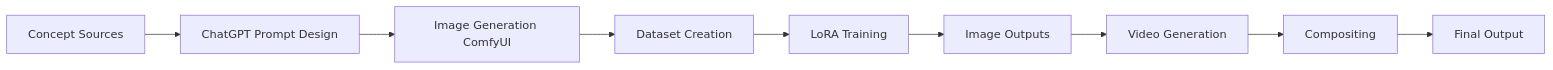
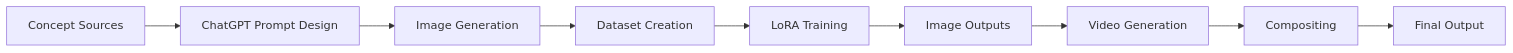
The diagram in README.md (dtrezise/ai-workflow-systems), drawn with Mermaid before and after one commit.

````diff
--- a/README.md
+++ b/README.md
@@ -34,19 +34,11 @@
 ```mermaid
 flowchart LR
-
-A[Concept Sources]
---> B[ChatGPT Prompt Design]
-
-B --> C[Image Generation ComfyUI]
-C --> D[Dataset Creation]
-
-D --> E[LoRA Training]
-
-E --> F[Image Outputs]
-
-F --> G[Video Generation]
-
-G --> H[Compositing]
-
-H --> I[Final Output]
+    A[Concept Sources] --> B[ChatGPT Prompt Design]
+    B --> C[Image Generation]
+    C --> D[Dataset Creation]
+    D --> E[LoRA Training]
+    E --> F[Image Outputs]
+    F --> G[Video Generation]
+    G --> H[Compositing]
+    H --> I[Final Output]
 ```
````
